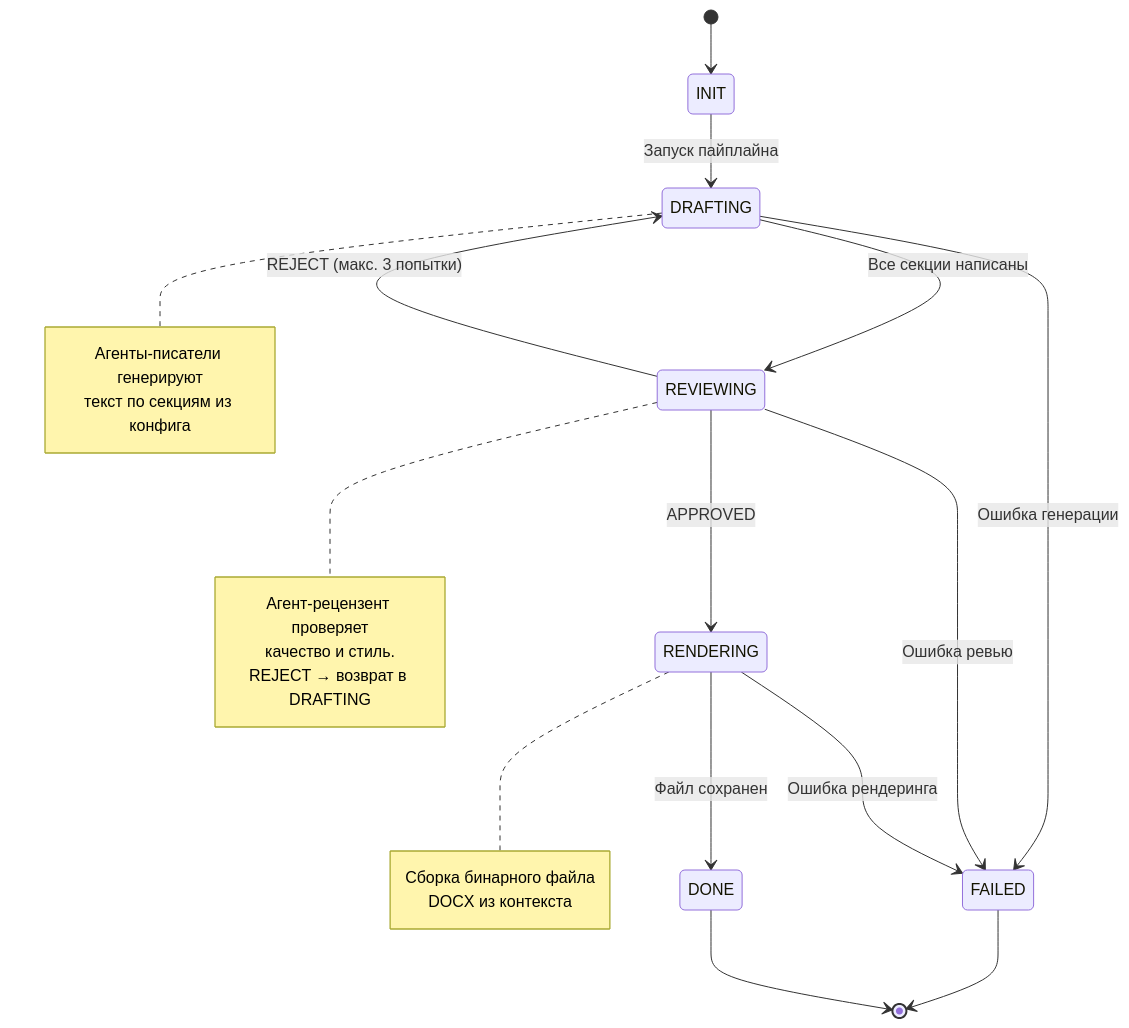
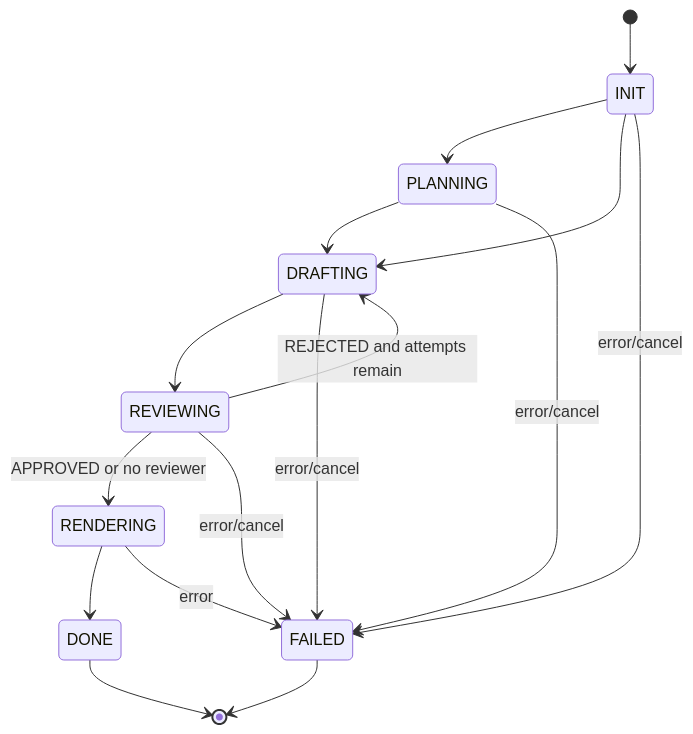
The first of 2 diagrams in docs/ORCHESTRATION.md (Lotargo/Academic-Pipeline-Engine), drawn with Mermaid before and after one commit. The commit also changed other lines of this file and 7 other files, not shown here.

Commit message:
feat: initialize UI project with Next.js, Shadcn components, and comprehensive architectural documentation

````diff
--- a/docs/ORCHESTRATION.md
+++ b/docs/ORCHESTRATION.md
@@ -7,34 +7,23 @@
 ```mermaid
 stateDiagram-v2
     [*] --> INIT
+    INIT --> PLANNING
+    INIT --> DRAFTING
 
-    INIT --> DRAFTING : Запуск пайплайна
-    note right of DRAFTING
-        Агенты-писатели генерируют
-        текст по секциям из конфига
-    end note
+    PLANNING --> DRAFTING
 
-    DRAFTING --> REVIEWING : Все секции написаны
-    note right of REVIEWING
-        Агент-рецензент проверяет
-        качество и стиль.
-        REJECT → возврат в DRAFTING
-    end note
+    DRAFTING --> REVIEWING
+    REVIEWING --> DRAFTING: REJECTED and attempts remain
+    REVIEWING --> RENDERING: APPROVED or no reviewer
 
-    REVIEWING --> DRAFTING : REJECT (макс. 3 попытки)
-    REVIEWING --> RENDERING : APPROVED
+    RENDERING --> DONE
 
-    note right of RENDERING
-        Сборка бинарного файла
-        DOCX из контекста
-    end note
+    INIT --> FAILED: error/cancel
+    PLANNING --> FAILED: error/cancel
+    DRAFTING --> FAILED: error/cancel
+    REVIEWING --> FAILED: error/cancel
+    RENDERING --> FAILED: error
 
-    RENDERING --> DONE : Файл сохранен
-
-    DRAFTING --> FAILED : Ошибка генерации
-    REVIEWING --> FAILED : Ошибка ревью
-    RENDERING --> FAILED : Ошибка рендеринга
-
+    DONE --> [*]
     FAILED --> [*]
-    DONE --> [*]
 ```
````
